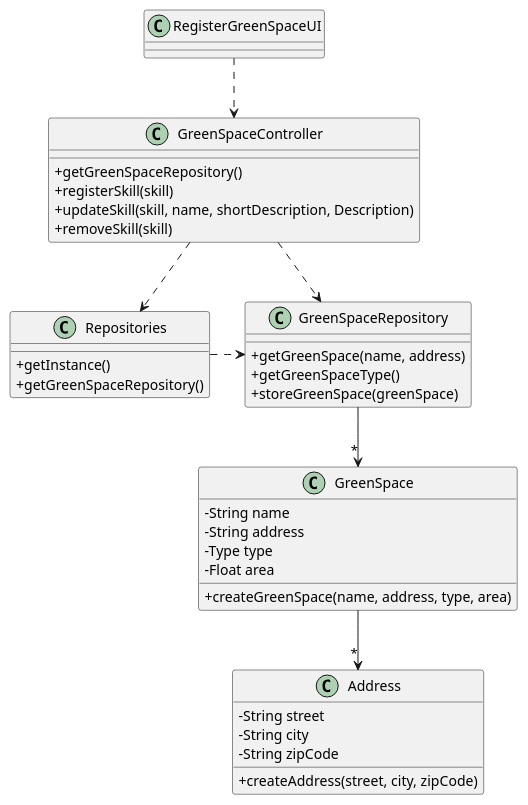
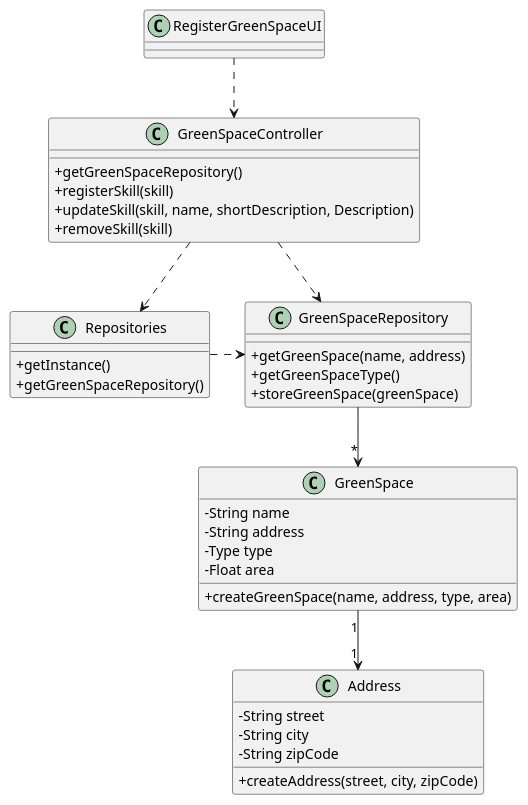
One commit to RicardoMorim/lapr2-ISEP-Project changed the diagram in docs/sprintC/us020/03.design/puml/us020-class-diagram.puml. Above: the diagram before and after it, drawn with PlantUML. The commit also changed 19 other files, not shown here.

```diff
--- a/docs/sprintC/us020/03.design/puml/us020-class-diagram.puml
+++ b/docs/sprintC/us020/03.design/puml/us020-class-diagram.puml
@@ -1,55 +1,55 @@
 @startuml
 'skinparam monochrome true
 skinparam packageStyle rectangle
 skinparam shadowing false
 skinparam linetype polyline
 'skinparam linetype orto
 
 skinparam classAttributeIconSize 0
 
 'left to right direction
 
 class RegisterGreenSpaceUI {
 }
 
 class GreenSpaceController {
     + getGreenSpaceRepository()
     + registerSkill(skill)
     + updateSkill(skill, name, shortDescription, Description)
     + removeSkill(skill)
 }
 
 
 
 class GreenSpaceRepository {
     + getGreenSpace(name, address)
     + getGreenSpaceType()
     + storeGreenSpace(greenSpace)
 }
 class GreenSpace {
     - String name
     - String address
     - Type type
     - Float area
 
     + createGreenSpace(name, address, type, area)
 }
 class Repositories {
     + getInstance()
     + getGreenSpaceRepository()
 }
 class Address {
     - String street
     - String city
     - String zipCode
 
     + createAddress(street, city, zipCode)
     }
 RegisterGreenSpaceUI ..> GreenSpaceController
 GreenSpaceController ..> GreenSpaceRepository
 GreenSpaceController .> Repositories
 Repositories .> GreenSpaceRepository
 GreenSpaceRepository --> "*"GreenSpace
-GreenSpace --> "*"Address
+GreenSpace"1" --> "1"Address
 
 @enduml
```
